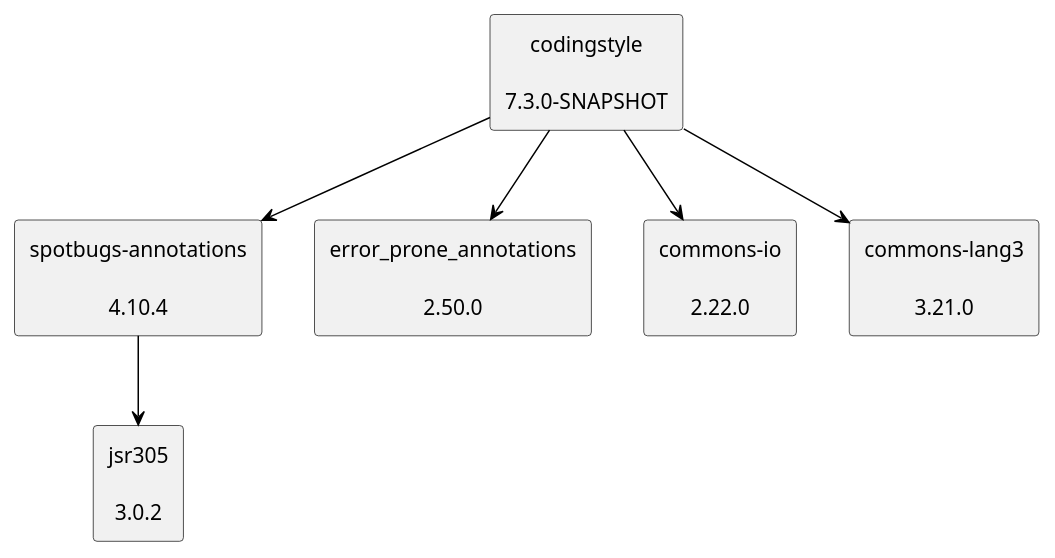
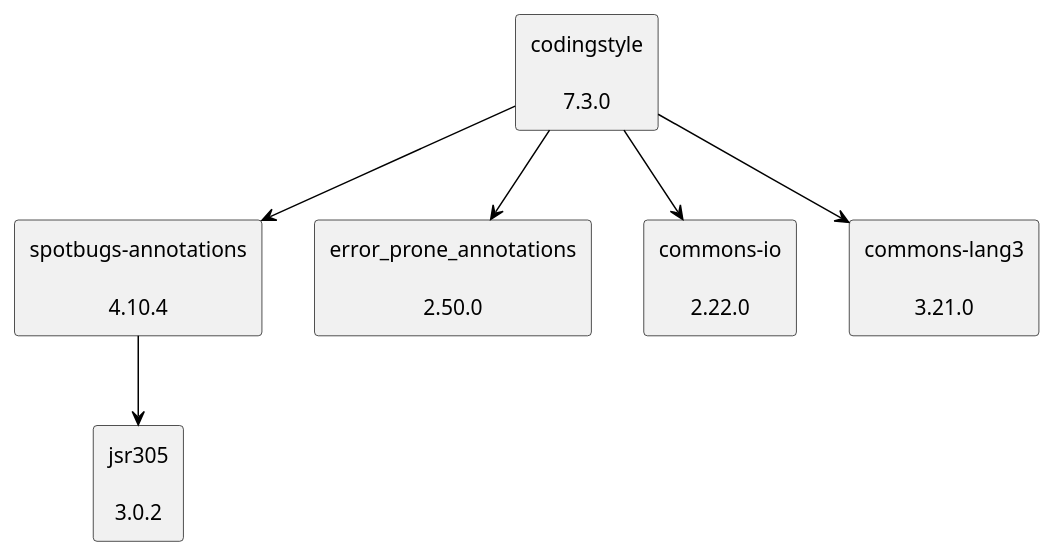
Before and after one commit to uhafner/codingstyle: the diagram in doc/dependency-graph.puml, drawn with PlantUML.

Commit message:
Update dependency graph to latest versions from POM

```diff
--- a/doc/dependency-graph.puml
+++ b/doc/dependency-graph.puml
@@ -1,20 +1,20 @@
 @startuml
 skinparam defaultTextAlignment center
 skinparam rectangle {
   BackgroundColor<<optional>> beige
   BackgroundColor<<test>> lightGreen
   BackgroundColor<<runtime>> lightBlue
   BackgroundColor<<provided>> lightGray
 }
 rectangle "spotbugs-annotations\n\n4.10.4" as com_github_spotbugs_spotbugs_annotations_jar
 rectangle "jsr305\n\n3.0.2" as com_google_code_findbugs_jsr305_jar
-rectangle "codingstyle\n\n7.3.0-SNAPSHOT" as edu_hm_hafner_codingstyle_jar
+rectangle "codingstyle\n\n7.3.0" as edu_hm_hafner_codingstyle_jar
 rectangle "error_prone_annotations\n\n2.50.0" as com_google_errorprone_error_prone_annotations_jar
 rectangle "commons-io\n\n2.22.0" as commons_io_commons_io_jar
 rectangle "commons-lang3\n\n3.21.0" as org_apache_commons_commons_lang3_jar
 com_github_spotbugs_spotbugs_annotations_jar -[#000000]-> com_google_code_findbugs_jsr305_jar
 edu_hm_hafner_codingstyle_jar -[#000000]-> com_github_spotbugs_spotbugs_annotations_jar
 edu_hm_hafner_codingstyle_jar -[#000000]-> com_google_errorprone_error_prone_annotations_jar
 edu_hm_hafner_codingstyle_jar -[#000000]-> commons_io_commons_io_jar
 edu_hm_hafner_codingstyle_jar -[#000000]-> org_apache_commons_commons_lang3_jar
 @enduml
```
